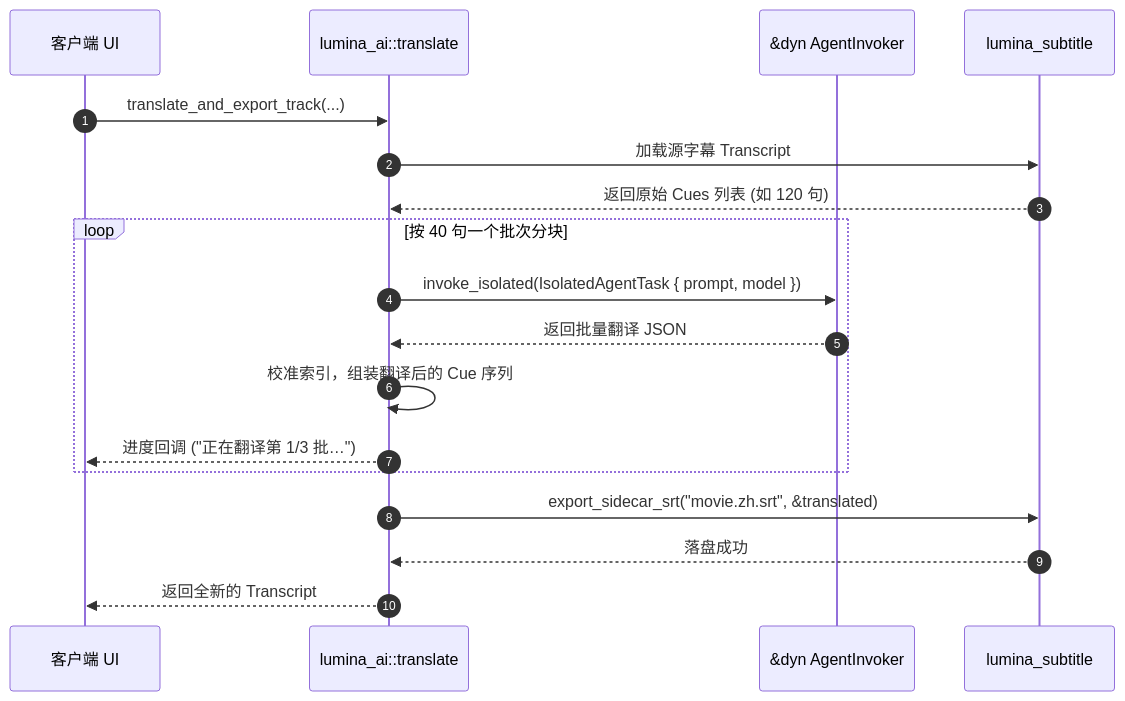
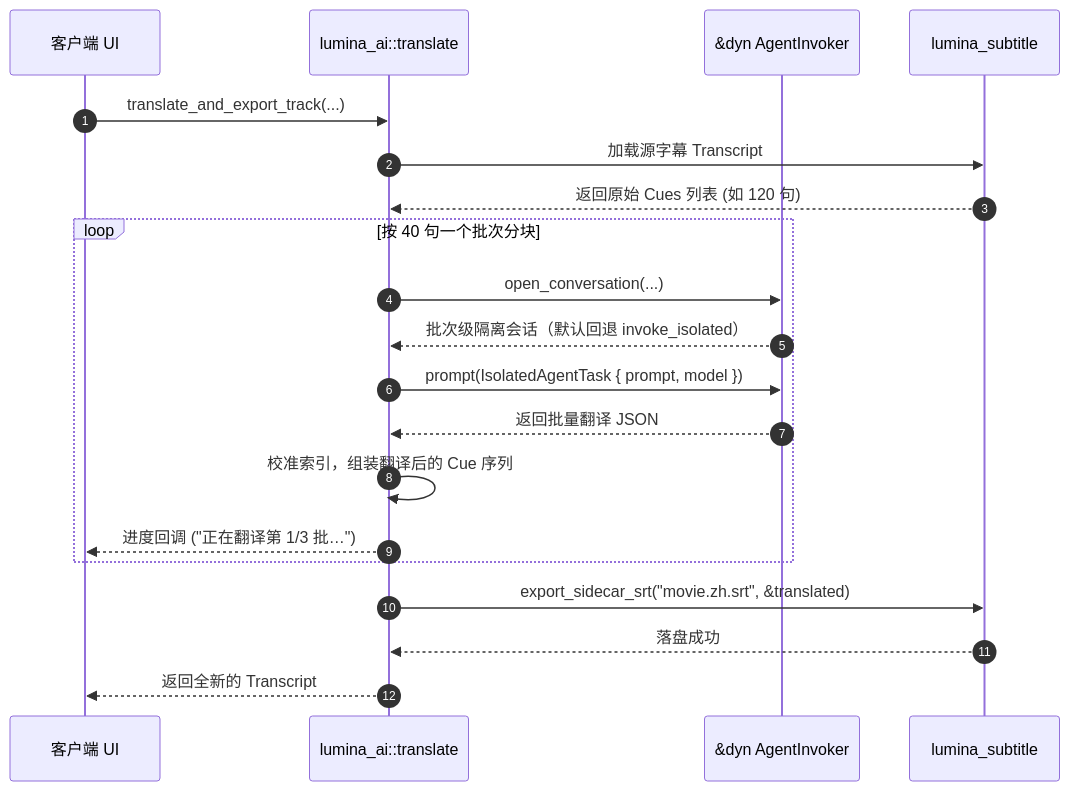
One commit to yitom486/lumina changed the diagram in crates/lumina-ai/src/README.md. Above: the diagram before and after it, drawn with Mermaid. The commit also changed other lines of this file and 3 other files, not shown here.

````diff
--- a/crates/lumina-ai/src/README.md
+++ b/crates/lumina-ai/src/README.md
@@ -105,23 +110,25 @@
 ```mermaid
 sequenceDiagram
     autonumber
     participant UI as 客户端 UI
     participant AI as lumina_ai::translate
     participant Port as &dyn AgentInvoker
     participant Sub as lumina_subtitle
 
     UI->>AI: translate_and_export_track(...)
     AI->>Sub: 加载源字幕 Transcript
     Sub-->>AI: 返回原始 Cues 列表 (如 120 句)
 
     loop 按 40 句一个批次分块
-        AI->>Port: invoke_isolated(IsolatedAgentTask { prompt, model })
+        AI->>Port: open_conversation(...)
+        Port-->>AI: 批次级隔离会话（默认回退 invoke_isolated）
+        AI->>Port: prompt(IsolatedAgentTask { prompt, model })
         Port-->>AI: 返回批量翻译 JSON
         AI->>AI: 校准索引，组装翻译后的 Cue 序列
         AI-->>UI: 进度回调 ("正在翻译第 1/3 批…")
     end
 
     AI->>Sub: export_sidecar_srt("movie.zh.srt", &translated)
     Sub-->>AI: 落盘成功
     AI-->>UI: 返回全新的 Transcript
 ```
````
